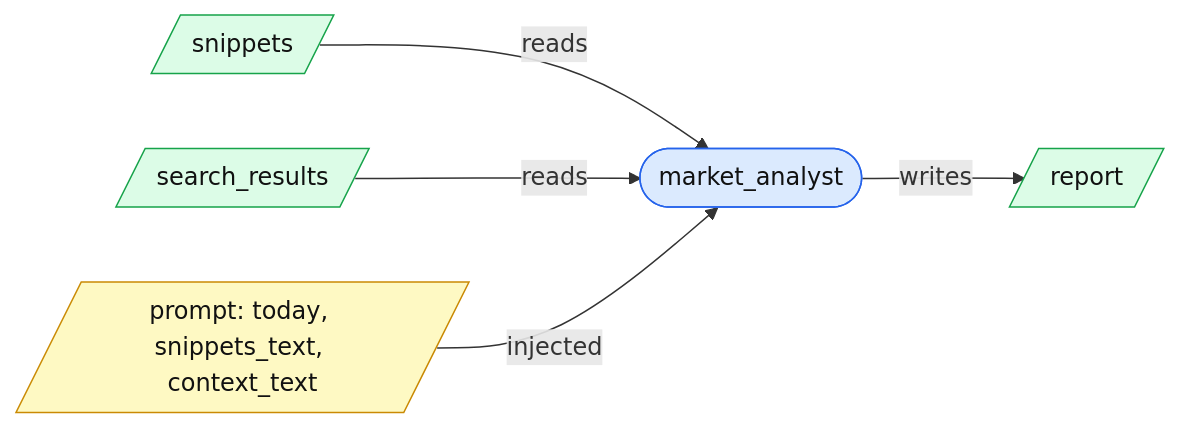
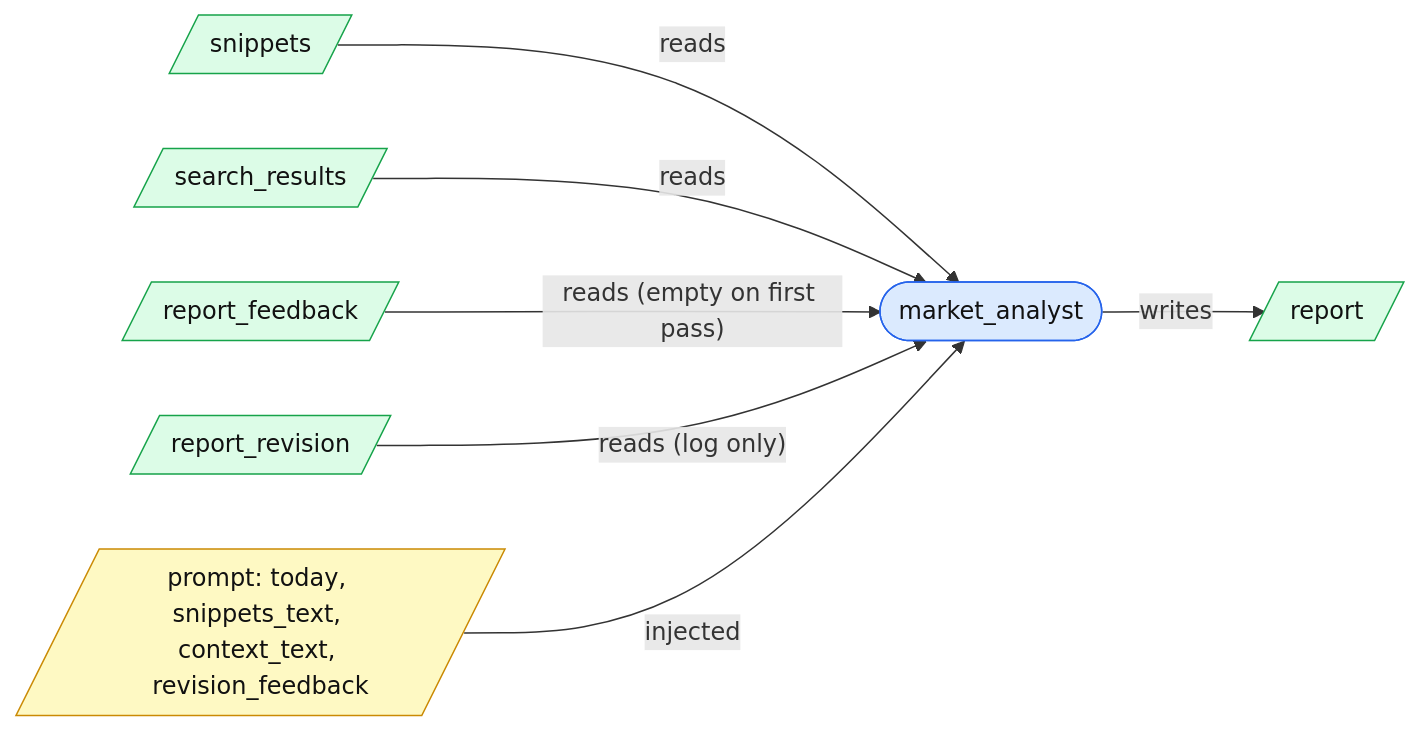
Before and after one commit to jyjulianwong/Investment-News-Analysis-AI: the eighth of 11 diagrams in ARCHITECTURE.md, drawn with Mermaid. The commit also changed other lines of this file and 18 other files, not shown here.

First line of the commit message:
Add Pydantic state/schema validation, query-aware query generation, and report evaluator loop

````diff
--- a/ARCHITECTURE.md
+++ b/ARCHITECTURE.md
@@ -130,10 +135,12 @@
 ```mermaid
 flowchart LR
     R1[/"snippets"/]:::state -->|reads| N(["market_analyst"]):::llm
     R2[/"search_results"/]:::state -->|reads| N
-    P[/"prompt: today, snippets_text, context_text"/]:::prompt -->|injected| N
+    R3[/"report_feedback"/]:::state -->|"reads (empty on first pass)"| N
+    R4[/"report_revision"/]:::state -->|"reads (log only)"| N
+    P[/"prompt: today, snippets_text, context_text, revision_feedback"/]:::prompt -->|injected| N
     N -->|writes| W[/"report"/]:::state
     classDef state fill:#dcfce7,stroke:#16a34a,color:#111;
     classDef prompt fill:#fef9c3,stroke:#ca8a04,color:#111;
     classDef llm fill:#dbeafe,stroke:#2563eb,color:#111;
 ```
````
